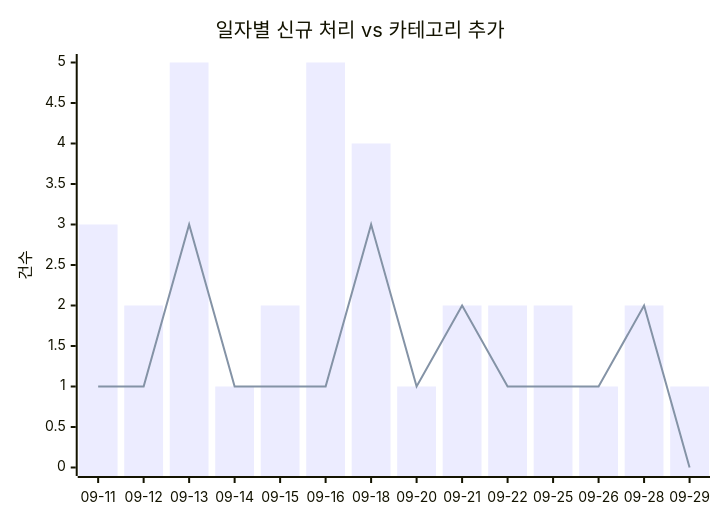
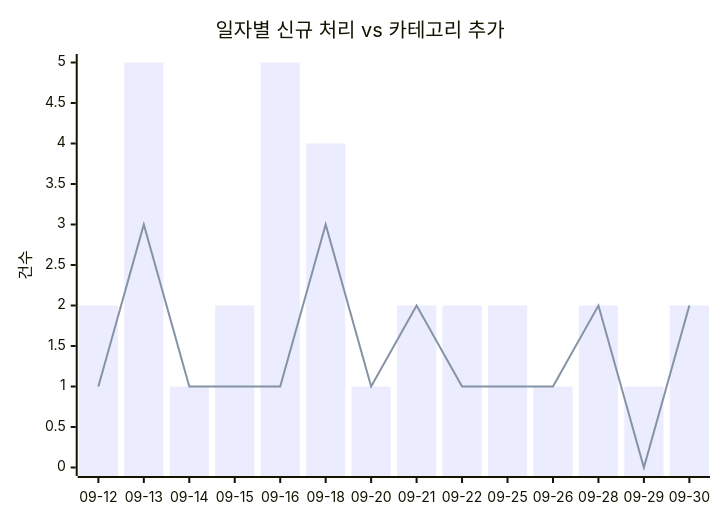
The first of 2 diagrams in docs/trends.md (J-nowcow/awesome-korean-agent-skills), drawn with Mermaid before and after one commit. The commit also changed other lines of this file and 5 other files, not shown here.

````diff
--- a/docs/trends.md
+++ b/docs/trends.md
@@ -32,8 +32,8 @@
 ```mermaid
 xychart-beta
     title "일자별 신규 처리 vs 카테고리 추가"
-    x-axis ["09-11","09-12","09-13","09-14","09-15","09-16","09-18","09-20","09-21","09-22","09-25","09-26","09-28","09-29"]
+    x-axis ["09-12","09-13","09-14","09-15","09-16","09-18","09-20","09-21","09-22","09-25","09-26","09-28","09-29","09-30"]
     y-axis "건수"
-    bar [3,2,5,1,2,5,4,1,2,2,2,1,2,1]
-    line [1,1,3,1,1,1,3,1,2,1,1,1,2,0]
+    bar [2,5,1,2,5,4,1,2,2,2,1,2,1,2]
+    line [1,3,1,1,1,3,1,2,1,1,1,2,0,2]
 ```
````
